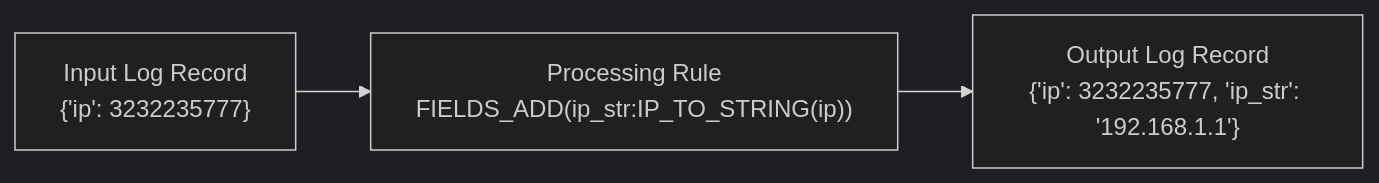
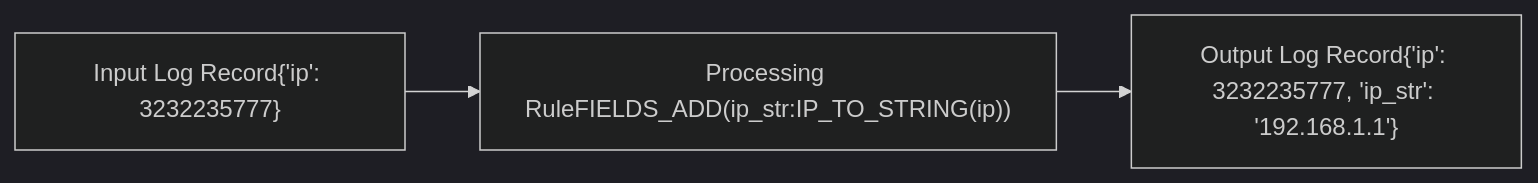
Diagram 16 of 18 in app/courses/01-log-monitoring/sections/05-create-log-processing-rules/content.md (Marc-Nueno-Montolio/EC_onsite), drawn with Mermaid (dark theme) before and after one commit. The commit also changed other lines of this file and 7 other files, not shown here.

````diff
--- a/app/courses/01-log-monitoring/sections/05-create-log-processing-rules/content.md
+++ b/app/courses/01-log-monitoring/sections/05-create-log-processing-rules/content.md
@@ -207,6 +213,6 @@
-	```mermaid
-	graph LR
-	    id1["Input Log Record<br>{'ip': 3232235777}"] -->
-	    id2["Processing Rule<br>FIELDS_ADD(ip_str:IP_TO_STRING(ip))"] -->
-	    id3["Output Log Record<br>{'ip': 3232235777, 'ip_str': '192.168.1.1'}"]
-	```
+```mermaid
+graph LR
+	id1["Input Log Record{'ip': 3232235777}"] -->
+	id2["Processing RuleFIELDS_ADD(ip_str:IP_TO_STRING(ip))"] -->
+	id3["Output Log Record{'ip': 3232235777, 'ip_str': '192.168.1.1'}"]
+```
````
